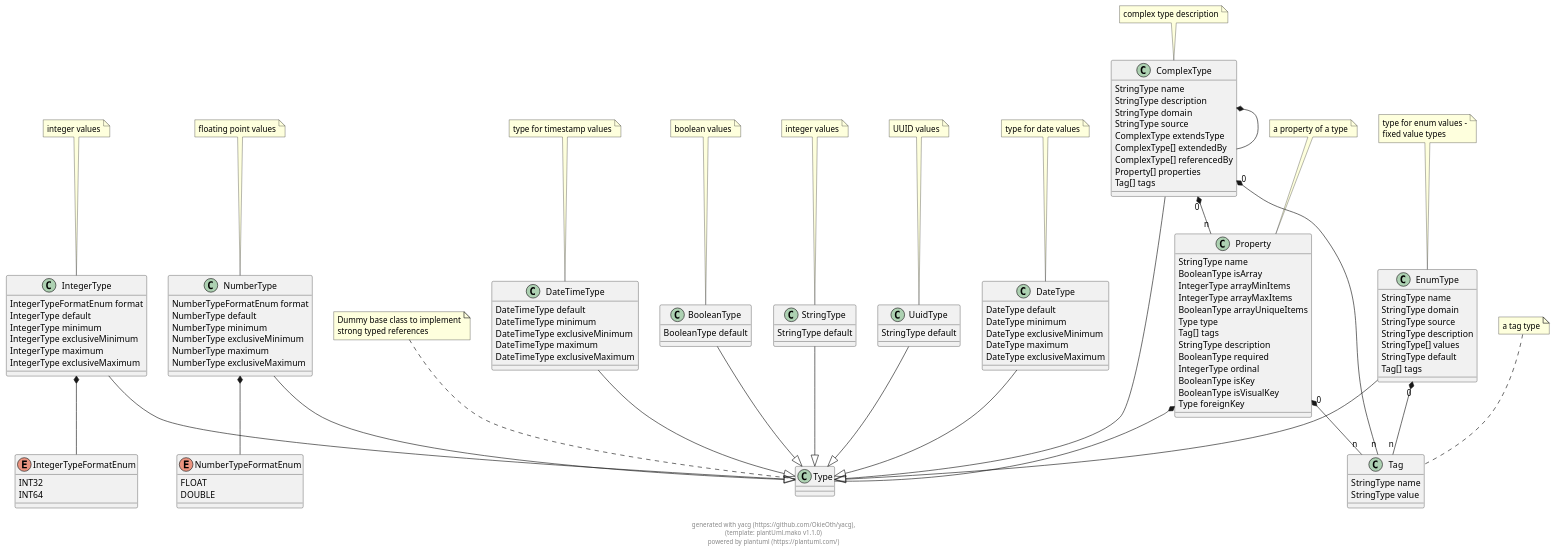
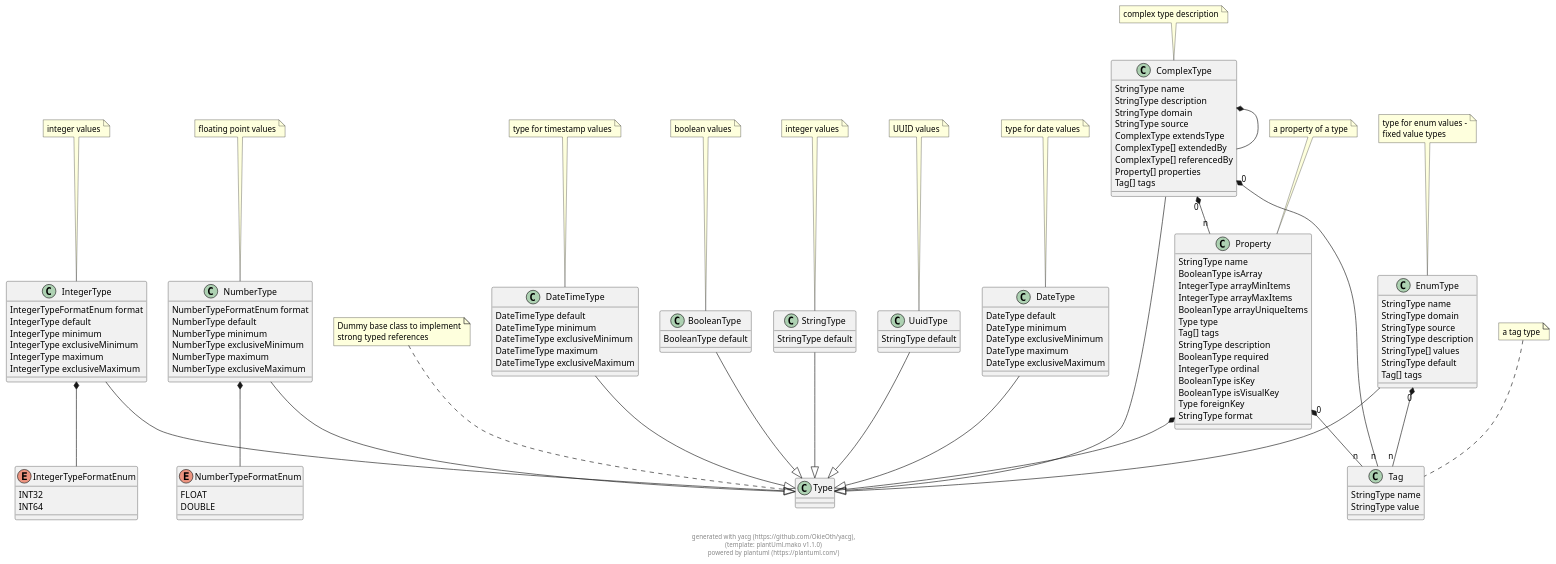
One commit to OkieOth/yacg changed the diagram in docs/puml/yacg_model.puml. Above: the diagram before and after it, drawn with PlantUML. The commit also changed 5 other files, not shown here.

Commit message:
add format to property schema, run codegen

```diff
--- a/docs/puml/yacg_model.puml
+++ b/docs/puml/yacg_model.puml
@@ -2,173 +2,174 @@
 @startuml
 
 class Type {
 }
 
 note top: Dummy base class to implement\nstrong typed references
 
 class IntegerType {
         IntegerTypeFormatEnum format 
         IntegerType default 
         IntegerType minimum 
         IntegerType exclusiveMinimum 
         IntegerType maximum 
         IntegerType exclusiveMaximum 
 }
 
 note top: integer values
 
 IntegerType --|> Type
 enum IntegerTypeFormatEnum {
     INT32
     INT64
 }
 
 
 class NumberType {
         NumberTypeFormatEnum format 
         NumberType default 
         NumberType minimum 
         NumberType exclusiveMinimum 
         NumberType maximum 
         NumberType exclusiveMaximum 
 }
 
 note top: floating point values
 
 NumberType --|> Type
 enum NumberTypeFormatEnum {
     FLOAT
     DOUBLE
 }
 
 
 class BooleanType {
         BooleanType default 
 }
 
 note top: boolean values
 
 BooleanType --|> Type
 class StringType {
         StringType default 
 }
 
 note top: integer values
 
 StringType --|> Type
 class UuidType {
         StringType default 
 }
 
 note top: UUID values
 
 UuidType --|> Type
 class EnumType {
         StringType name 
         StringType domain 
         StringType source 
         StringType description 
         StringType[] values 
         StringType default 
         Tag[] tags 
 }
 
 note top: type for enum values -\nfixed value types
 
 EnumType --|> Type
 class Tag {
         StringType name 
         StringType value 
 }
 
 note top: a tag type
 
 class DateType {
         DateType default 
         DateType minimum 
         DateType exclusiveMinimum 
         DateType maximum 
         DateType exclusiveMaximum 
 }
 
 note top: type for date values
 
 DateType --|> Type
 class DateTimeType {
         DateTimeType default 
         DateTimeType minimum 
         DateTimeType exclusiveMinimum 
         DateTimeType maximum 
         DateTimeType exclusiveMaximum 
 }
 
 note top: type for timestamp values
 
 DateTimeType --|> Type
 class ComplexType {
         StringType name 
         StringType description 
         StringType domain 
         StringType source 
         ComplexType extendsType 
         ComplexType[] extendedBy 
         ComplexType[] referencedBy 
         Property[] properties 
         Tag[] tags 
 }
 
 note top: complex type description
 
 ComplexType --|> Type
 class Property {
         StringType name 
         BooleanType isArray 
         IntegerType arrayMinItems 
         IntegerType arrayMaxItems 
         BooleanType arrayUniqueItems 
         Type type 
         Tag[] tags 
         StringType description 
         BooleanType required 
         IntegerType ordinal 
         BooleanType isKey 
         BooleanType isVisualKey 
         Type foreignKey 
+        StringType format 
 }
 
 note top: a property of a type
 
 
     
     
 IntegerType  *--  IntegerTypeFormatEnum        
             
     
     
 NumberType  *--  NumberTypeFormatEnum        
             
     
     
     
     
     
 EnumType "0" *-- "n" Tag        
             
     
     
     
     
 ComplexType  *--  ComplexType        
             
 ComplexType "0" *-- "n" Property        
             
 ComplexType "0" *-- "n" Tag        
             
     
 Property  *--  Type        
             
 Property "0" *-- "n" Tag        
             
 
 footer \ngenerated with yacg (https://github.com/OkieOth/yacg),\n(template: plantUml.mako v1.1.0)\npowered by plantuml (https://plantuml.com/)
 @enduml
```
